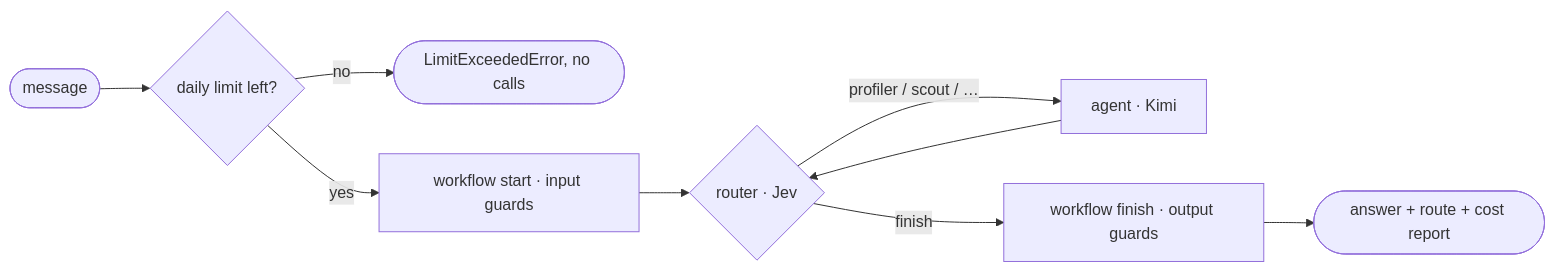
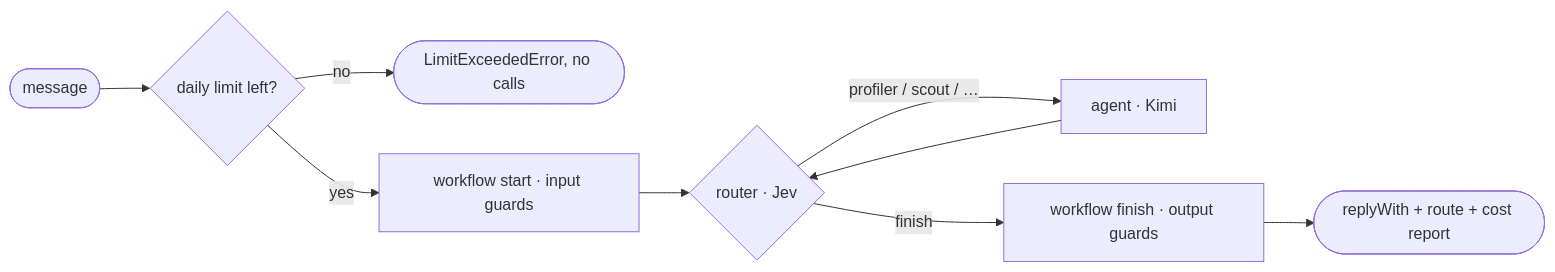
Before and after one commit to PavelRavvich/agbossjs: the diagram in Home.md, drawn with Mermaid. The commit also changed other lines of this file and 23 other files, not shown here.

````diff
--- a/Home.md
+++ b/Home.md
@@ -30,11 +30,11 @@
 ```mermaid
 flowchart LR
   T([message]) --> B{daily limit left?}
   B -- no --> X([LimitExceededError, no calls])
   B -- yes --> E[workflow start · input guards]
   E --> R{router · Jev}
   R -- profiler / scout / … --> A[agent · Kimi]
   A --> R
   R -- finish --> C[workflow finish · output guards]
-  C --> O([answer + route + cost report])
+  C --> O([replyWith + route + cost report])
 ```
````
